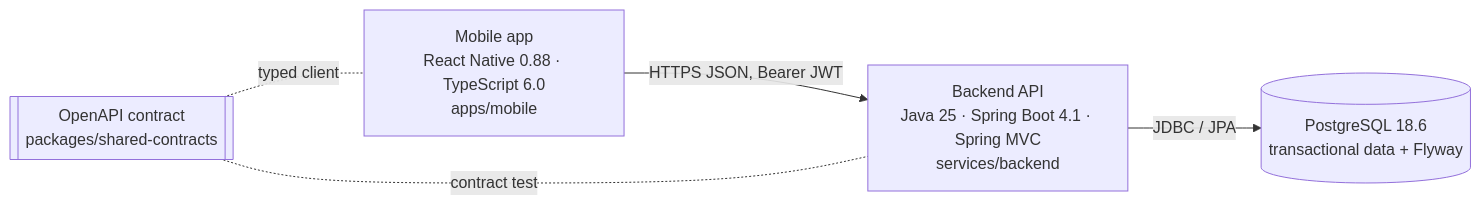
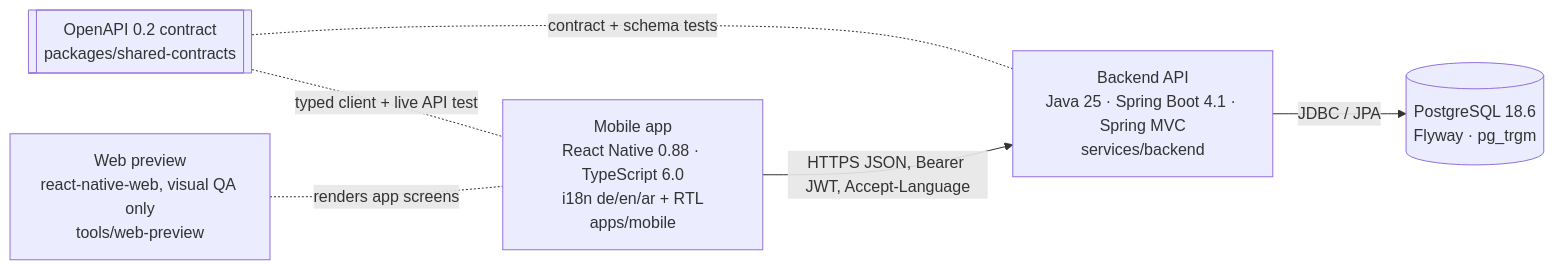
The diagram in docs/architecture/diagrams/c4-container.mmd (uptonext-org/dukkan), drawn with Mermaid before and after one commit. The commit also changed 15 other files, not shown here.

First line of the commit message:
docs: update architecture, API guide, setup, backlog and flows for the marketplace; add e2e-api CI job

```diff
--- a/docs/architecture/diagrams/c4-container.mmd
+++ b/docs/architecture/diagrams/c4-container.mmd
@@ -1,9 +1,11 @@
 flowchart LR
-  app[Mobile app<br/>React Native 0.88 · TypeScript 6.0<br/>apps/mobile]
+  app[Mobile app<br/>React Native 0.88 · TypeScript 6.0<br/>i18n de/en/ar + RTL<br/>apps/mobile]
   api[Backend API<br/>Java 25 · Spring Boot 4.1 · Spring MVC<br/>services/backend]
-  db[(PostgreSQL 18.6<br/>transactional data + Flyway)]
-  contract[[OpenAPI contract<br/>packages/shared-contracts]]
-  app -- HTTPS JSON, Bearer JWT --> api
+  db[(PostgreSQL 18.6<br/>Flyway · pg_trgm)]
+  contract[[OpenAPI 0.2 contract<br/>packages/shared-contracts]]
+  preview[Web preview<br/>react-native-web, visual QA only<br/>tools/web-preview]
+  app -- HTTPS JSON, Bearer JWT, Accept-Language --> api
   api -- JDBC / JPA --> db
-  contract -. contract test .- api
-  contract -. typed client .- app
+  contract -. contract + schema tests .- api
+  contract -. typed client + live API test .- app
+  preview -. renders app screens .- app
```
